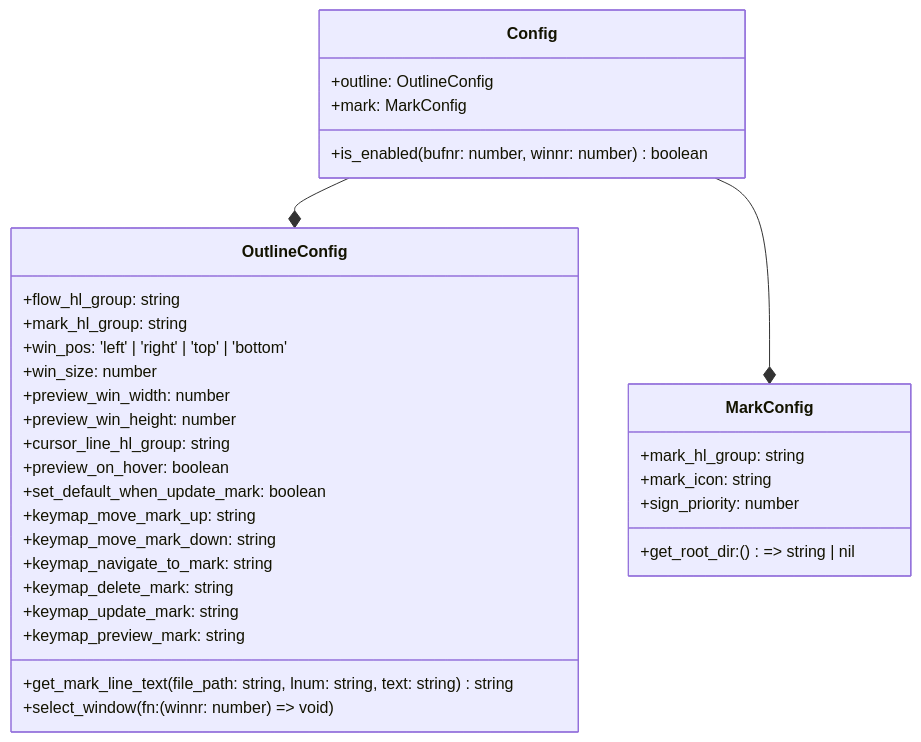
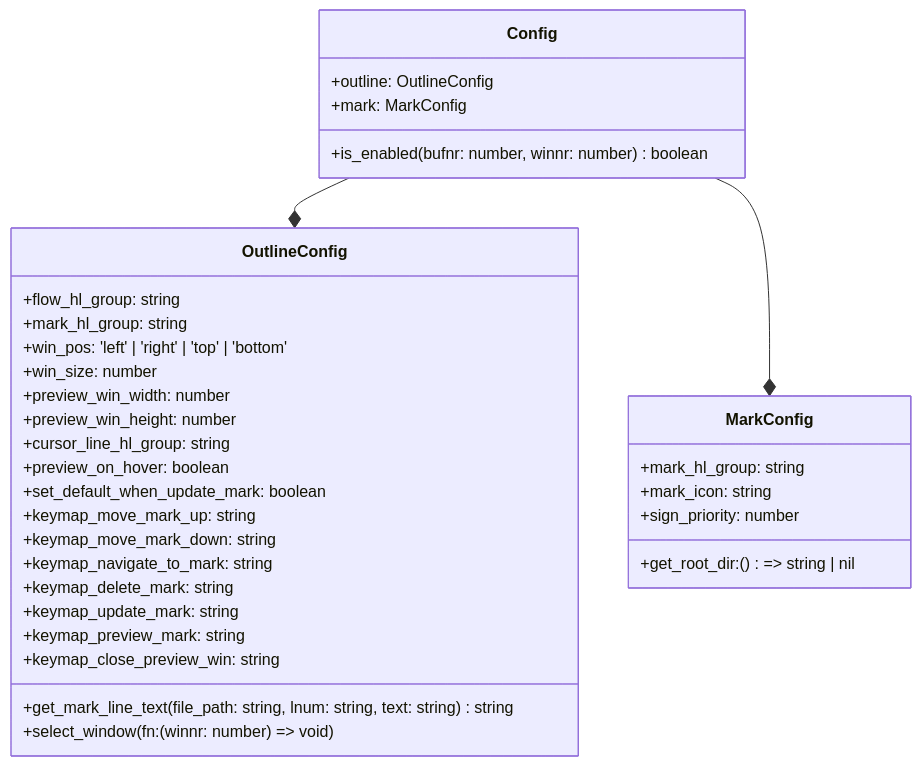
Diagram 25 of 25 in DESIGN.md (niuiic/track.nvim), drawn with Mermaid before and after one commit. The commit also changed 3 other files, not shown here.

````diff
--- a/DESIGN.md
+++ b/DESIGN.md
@@ -599,38 +599,39 @@
 ```mermaid
 classDiagram
     Config --* OutlineConfig
     Config --* MarkConfig
     class Config {
         +outline: OutlineConfig
         +mark: MarkConfig
         +is_enabled(bufnr: number, winnr: number) boolean
     }
 
     class OutlineConfig {
         +flow_hl_group: string
         +mark_hl_group: string
         +win_pos: 'left' | 'right' | 'top' | 'bottom'
         +win_size: number
         +preview_win_width: number
         +preview_win_height: number
         +cursor_line_hl_group: string
         +preview_on_hover: boolean
         +set_default_when_update_mark: boolean
         +keymap_move_mark_up: string
         +keymap_move_mark_down: string
         +keymap_navigate_to_mark: string
         +keymap_delete_mark: string
         +keymap_update_mark: string
         +keymap_preview_mark: string
+        +keymap_close_preview_win: string
 
         +get_mark_line_text(file_path: string, lnum: string, text: string) string
         +select_window(fn: (winnr: number) => void)
     }
 
     class MarkConfig {
         +mark_hl_group: string
         +mark_icon: string
         +get_root_dir: () => string | nil
         +sign_priority: number
     }
 ```
````
